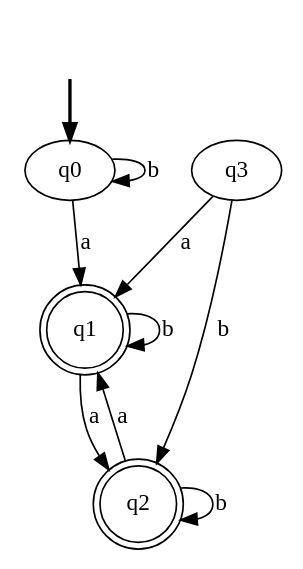
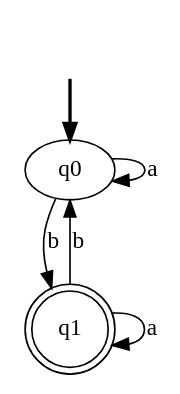
Before and after one commit to mohammad8017/TLA_Project1: the diagram in DFA_Schema/DFA_Diagram.dot, drawn with Graphviz. The commit also changed 10 other files, not shown here.

```diff
--- a/DFA_Schema/DFA_Diagram.dot
+++ b/DFA_Schema/DFA_Diagram.dot
@@ -1,16 +1,10 @@
 digraph {
 	fake [style=invisible]
-	q2 [shape=doublecircle]
 	q1 [shape=doublecircle]
-	q3
 	q0 [root=true]
 	fake -> q0 [style=bold]
-	q0 -> q0 [label=b]
-	q0 -> q1 [label=a]
-	q1 -> q1 [label=b]
-	q1 -> q2 [label=a]
-	q2 -> q2 [label=b]
-	q2 -> q1 [label=a]
-	q3 -> q1 [label=a]
-	q3 -> q2 [label=b]
+	q0 -> q0 [label=a]
+	q0 -> q1 [label=b]
+	q1 -> q1 [label=a]
+	q1 -> q0 [label=b]
 }
```
